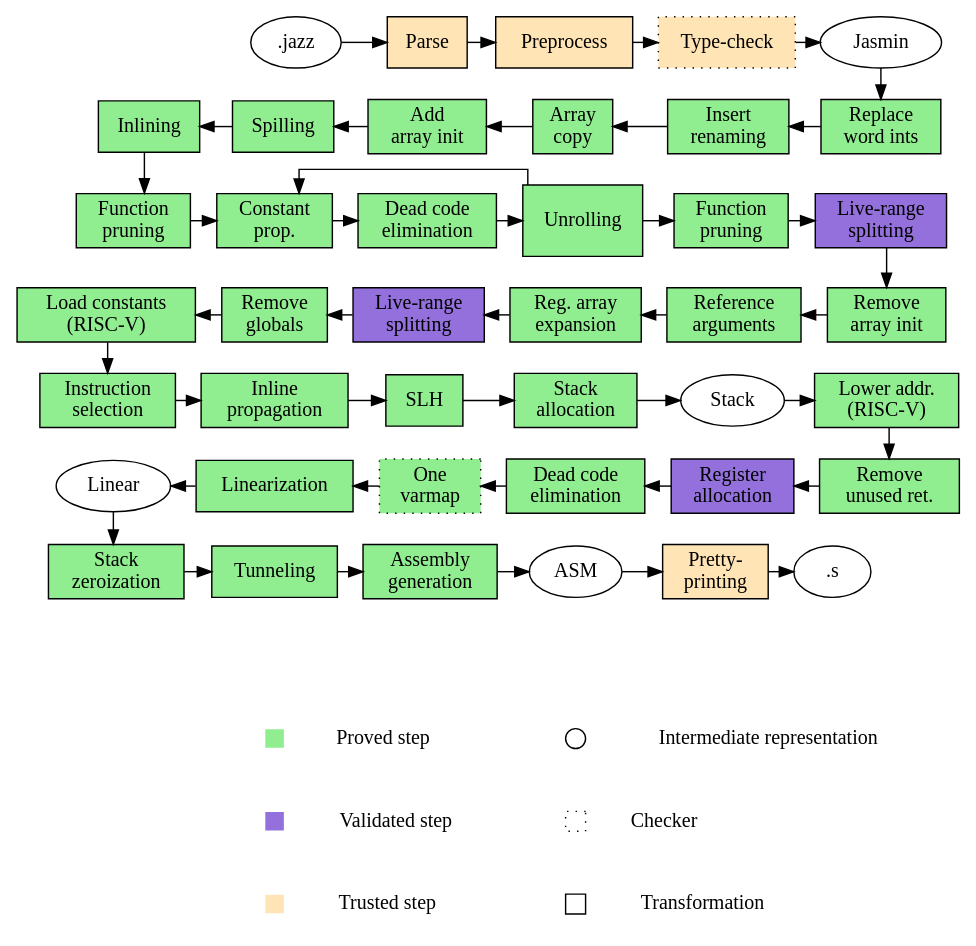
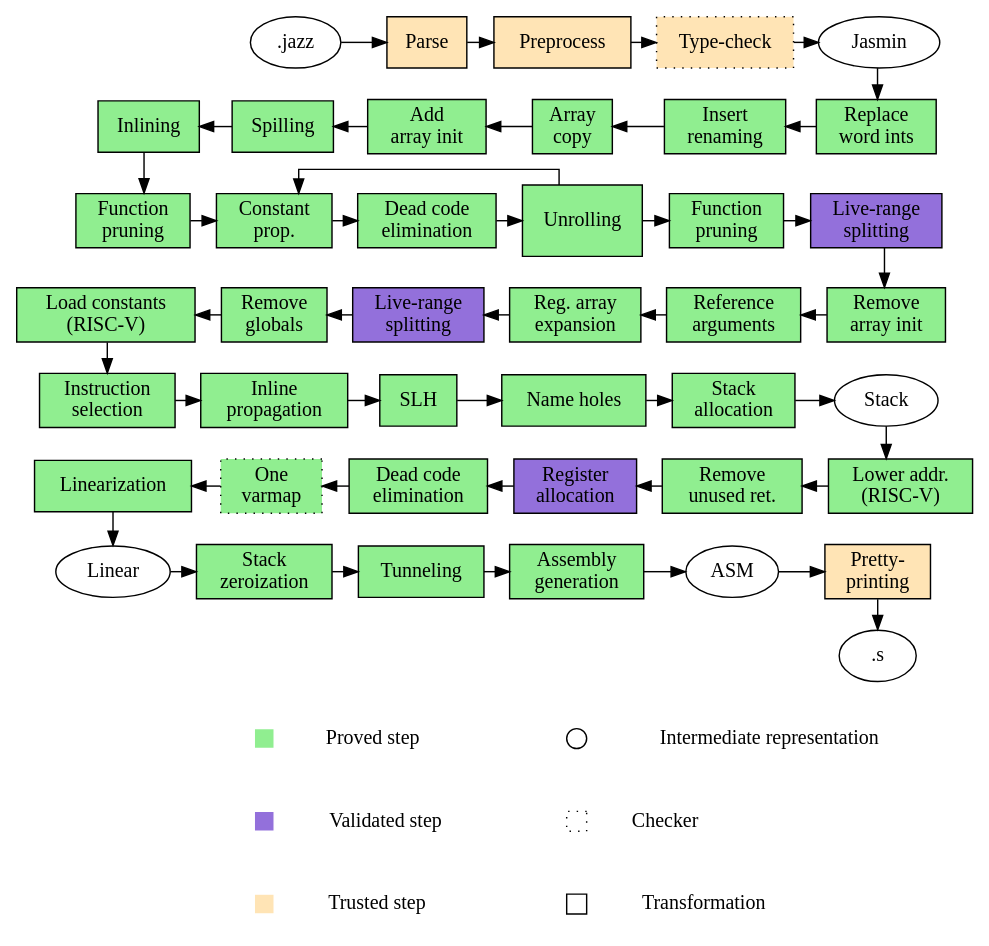
The diagram in docs/source/compiler/passes/passes.dot (jasmin-lang/jasmin), drawn with Graphviz before and after one commit.

Commit message:
Update the plot of passes

```diff
--- a/docs/source/compiler/passes/passes.dot
+++ b/docs/source/compiler/passes/passes.dot
@@ -35,22 +35,24 @@
 lowering[label="Instruction\nselection",fillcolor=lightgreen,href="inst_select.html",target="_top",tooltip="Instruction selection"];
 propagate[label="Inline\npropagation",fillcolor=lightgreen,href="propagate_inline.html",target="_top",tooltip="Inline propagation"];
 slhlowering[label="SLH",fillcolor=lightgreen,href="lower_slh.html",target="_top",tooltip="Lowering of SLH"];
+nameholes[label="Name holes",fillcolor=lightgreen,href="name_holes.html",target="_top",tooltip="Fill in holes and give them names if needed"];
 stkalloc[label="Stack\nallocation",fillcolor=lightgreen,href="stack_alloc.html",target="_top",tooltip="Stack allocation"];
 stack[label="Stack",shape=oval,fillcolor=white];
+
 loweraddr[label="Lower addr.\n(RISC-V)",fillcolor=lightgreen,href="lower_addr.html",target="_top",tooltip="Lowering of complex addressing mode (RISC-V)"];
-
 rmreturn[label="Remove\nunused ret.",fillcolor=lightgreen,href="rm_unused_ret_value.html",target="_top",tooltip="Remove unused return values"];
 ralloc[label="Register\nallocation",fillcolor=mediumpurple,href="reg_alloc.html",target="_top",tooltip="Register allocation"];
 dce2[label="Dead code\nelimination",fillcolor=lightgreen,href="deadcode_elimination.html",target="_top",tooltip="Dead code elimination"];
 onevarmap[label="One\nvarmap",style="filled,dotted",fillcolor=lightgreen,href="merge_varmaps.html",target="_top",tooltip="One varmap checker"];
 linearization[label="Linearization",fillcolor=lightgreen,href="linearization.html",target="_top",tooltip="Linearization"];
+
 linear[label="Linear",shape=oval,fillcolor=white];
-
 stackzero[label="Stack\nzeroization",fillcolor=lightgreen,href="stack_zero.html",target="_top",tooltip="Stack zeroization"];
 tunnel[label="Tunneling",fillcolor=lightgreen,href="tunneling.html",target="_top",tooltip="Tunneling"];
 asmgen[label="Assembly\ngeneration",fillcolor=lightgreen,href="asm_gen.html",target="_top",tooltip="Assembly generation"];
 asm[label="ASM",shape=oval,fillcolor=white];
 prettyprint[label="Pretty-\nprinting",fillcolor=moccasin];
+
 asmfile[label=".s",shape=oval,fillcolor=white];
 
 
@@ -112,35 +114,37 @@
 
   lowering -> propagate;
   propagate -> slhlowering;
-  slhlowering -> stkalloc;
+  slhlowering -> nameholes;
+  nameholes -> stkalloc;
   stkalloc -> stack;
-  stack -> loweraddr;
 }
 
-loweraddr -> rmreturn;
+stack -> loweraddr;
 
 subgraph line6 {
   rank=same;
   edge[dir=back];
 
-  linear -> linearization;
   linearization -> onevarmap;
   onevarmap -> dce2;
   dce2 -> ralloc;
   ralloc -> rmreturn;
+  rmreturn -> loweraddr;
 }
 
-linear -> stackzero;
+linearization -> linear;
 
 subgraph line7 {
   rank=same;
 
+  linear -> stackzero;
   stackzero -> tunnel;
   tunnel -> asmgen;
   asmgen -> asm;
   asm -> prettyprint;
-  prettyprint -> asmfile;
 }
+
+prettyprint -> asmfile;
 
 subgraph caption {
   node[color=white,fillcolor=white];
@@ -174,18 +178,20 @@
 
 // This better aligns the blocks
 rmfunc -> loadconst;
-jazz -> lowerspill -> cstprop -> rmglobals -> propagate -> linearization -> tunnel;
-parse -> addarrinit -> dce -> splitting2 -> slhlowering -> onevarmap -> asmgen;
-preprocess -> arraycopy -> unroll -> arrexp -> stkalloc -> dce2 -> asm;
-typing -> renaming -> rmfunc2 -> makeref -> stack -> ralloc -> prettyprint;
+lowering -> linearization;
+jazz -> lowerspill -> cstprop -> rmglobals -> propagate -> onevarmap -> stackzero;
+parse -> addarrinit -> dce -> splitting2 -> slhlowering -> dce2 -> tunnel;
+preprocess -> arraycopy -> unroll -> arrexp -> nameholes -> ralloc -> asmgen;
+typing -> renaming -> rmfunc2 -> makeref -> stkalloc -> rmreturn -> asm;
 wintword -> splitting;
-rmarrinit -> loweraddr;
+rmarrinit -> stack;
+loweraddr -> prettyprint;
 
 // This puts the caption below the graph
 proved0[style=invis];
-tunnel -> proved0 -> proved;
+stackzero -> proved0 -> proved;
 intermediate0[style=invis];
-asm -> intermediate0 -> intermediate;
+asmgen -> intermediate0 -> intermediate;
 
 // The 2 following lines allow the loop back from unroll to cstprop
 // to be above instead of below the second line.
```
